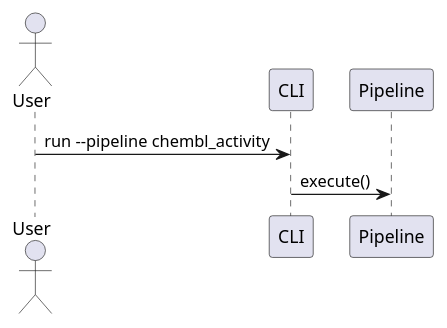
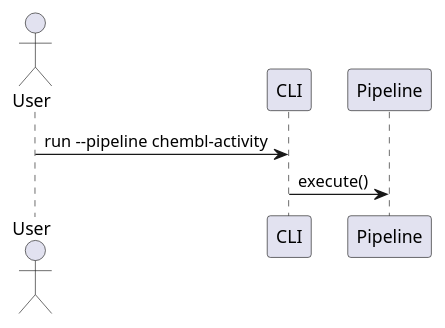
Before and after one commit to SatoryKono/BioactivityDataAcquisition: the second of 4 diagrams in docs/02-architecture/diagrams/00-diagramming-policy.md, drawn with PlantUML. The commit also changed other lines of this file and 311 other files, not shown here.

````diff
--- a/docs/02-architecture/diagrams/00-diagramming-policy.md
+++ b/docs/02-architecture/diagrams/00-diagramming-policy.md
@@ -97,9 +97,9 @@
 ```plantuml
 @startuml
 actor User
 participant CLI
 participant Pipeline
-User -> CLI: run --pipeline chembl_activity
+User -> CLI: run --pipeline chembl-activity
 CLI -> Pipeline: execute()
 @enduml
 ```
````
